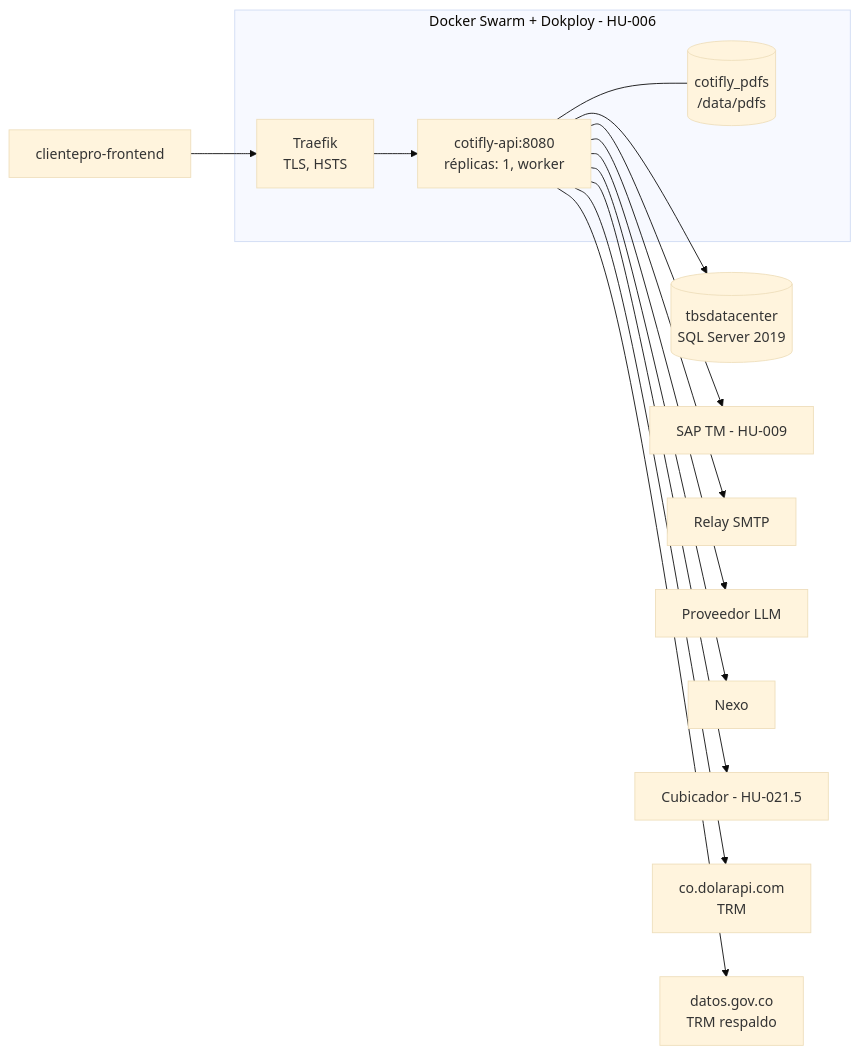
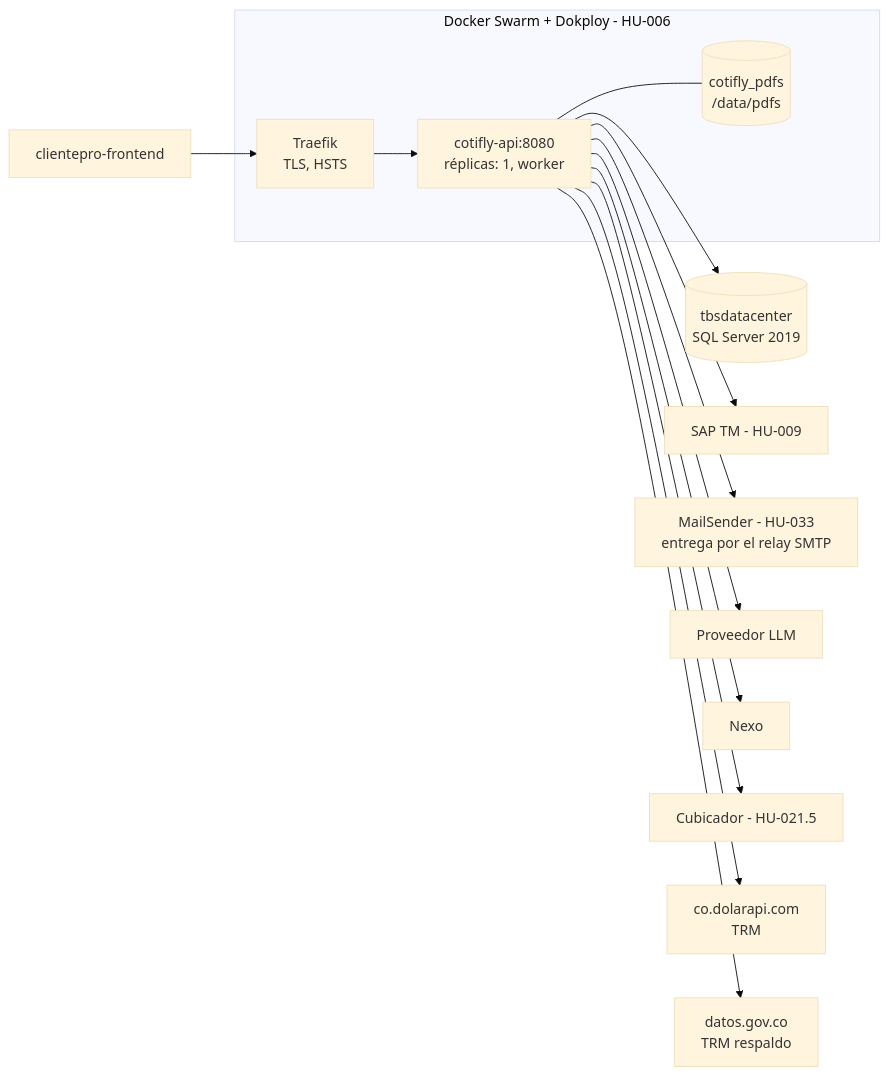
Before and after one commit to InnovacionIA-proyectos/Cotifly: the diagram in backend-dotnet/docs/03-infraestructura.md, drawn with Mermaid (base theme). The commit also changed other lines of this file and 7 other files, not shown here.

````diff
--- a/backend-dotnet/docs/03-infraestructura.md
+++ b/backend-dotnet/docs/03-infraestructura.md
@@ -495,16 +502,16 @@
 ```mermaid
 flowchart LR
     subgraph swarm[Docker Swarm + Dokploy - HU-006]
         traefik[Traefik<br/>TLS, HSTS] --> api[cotifly-api:8080<br/>réplicas: 1, worker]
         api --- vol[(cotifly_pdfs<br/>/data/pdfs)]
     end
     front[clientepro-frontend] --> traefik
     api --> sqlsrv[(tbsdatacenter<br/>SQL Server 2019)]
     api --> sapnet[SAP TM - HU-009]
-    api --> relay[Relay SMTP]
+    api --> mailsender[MailSender - HU-033<br/>entrega por el relay SMTP]
     api --> proveedor[Proveedor LLM]
     api --> nexo[Nexo]
     api --> cubicador[Cubicador - HU-021.5]
     api --> trm[co.dolarapi.com<br/>TRM]
     api --> trm2[datos.gov.co<br/>TRM respaldo]
 ```
````
